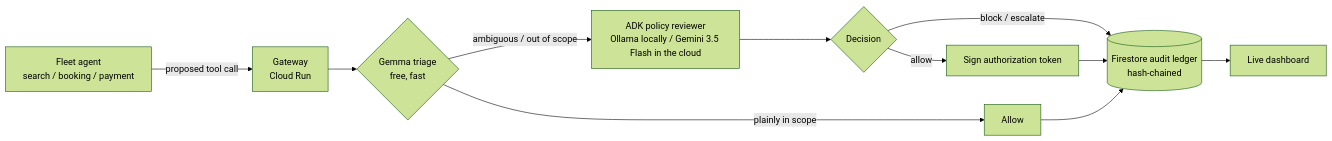
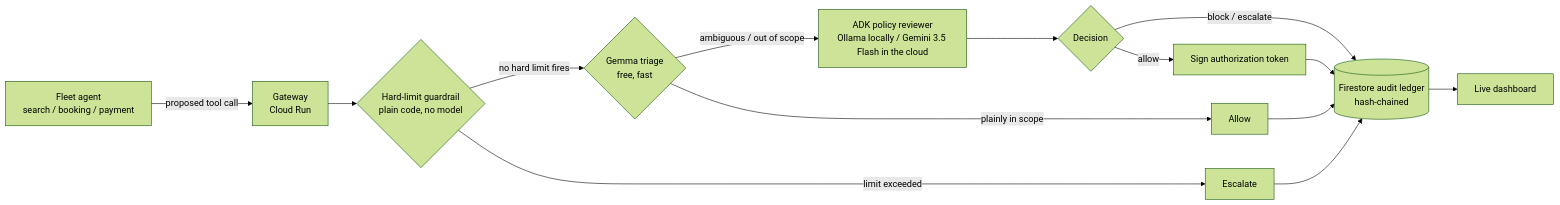
The diagram in README.md (akashgoyal/finops-te-agents-warden), drawn with Mermaid (forest theme) before and after one commit. The commit also changed other lines of this file, not shown here.

Commit message:
Document the hard-limit guardrail in the architecture diagram + layout

````diff
--- a/README.md
+++ b/README.md
@@ -21,13 +21,16 @@
 ```mermaid
 flowchart LR
     A[Fleet agent<br/>search / booking / payment] -- proposed tool call --> G[Gateway<br/>Cloud Run]
-    G --> T{Gemma triage<br/>free, fast}
+    G --> H{Hard-limit guardrail<br/>plain code, no model}
+    H -- limit exceeded --> ESC[Escalate]
+    H -- no hard limit fires --> T{Gemma triage<br/>free, fast}
     T -- plainly in scope --> ALLOW1[Allow]
     T -- ambiguous / out of scope --> R[ADK policy reviewer<br/>Ollama locally / Gemini 3.5 Flash in the cloud]
     R --> D{Decision}
     D -- allow --> TOK[Sign authorization token]
     D -- block / escalate --> LOG
     TOK --> LOG[(Firestore audit ledger<br/>hash-chained)]
     LOG --> DASH[Live dashboard]
     ALLOW1 --> LOG
+    ESC --> LOG
 ```
````
